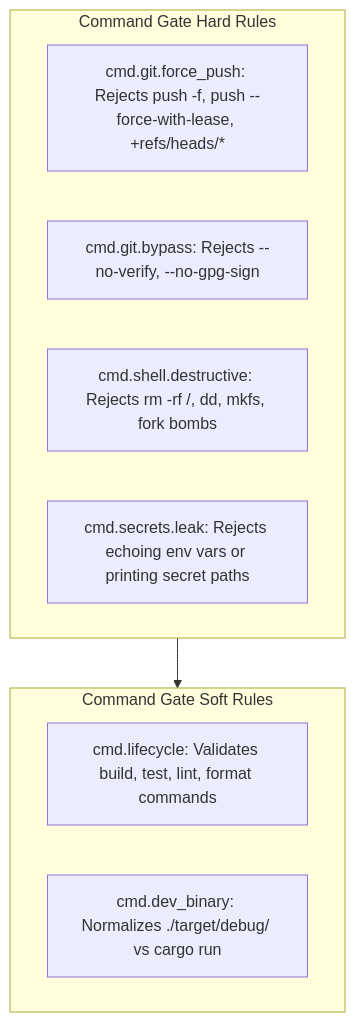
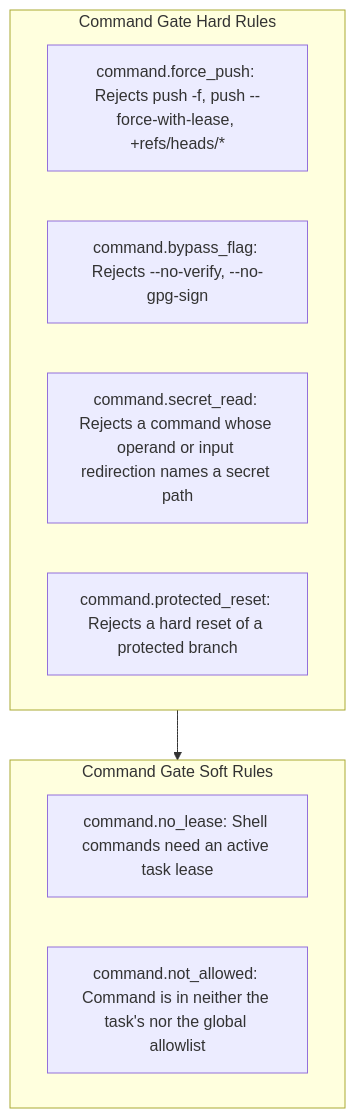
One commit to bharathvbcr/Manvi changed the fourth of 7 diagrams in docs/POLICY_AND_SAFETY.md. Above: the diagram before and after it, drawn with Mermaid. The commit also changed other lines of this file and 10 other files, not shown here.

````diff
--- a/docs/POLICY_AND_SAFETY.md
+++ b/docs/POLICY_AND_SAFETY.md
@@ -104,16 +107,16 @@
 ```mermaid
 flowchart TD
     subgraph HardCmdRules["Command Gate Hard Rules"]
-        C1["cmd.git.force_push: Rejects push -f, push --force-with-lease, +refs/heads/*"]
-        C2["cmd.git.bypass: Rejects --no-verify, --no-gpg-sign"]
-        C3["cmd.shell.destructive: Rejects rm -rf /, dd, mkfs, fork bombs"]
-        C4["cmd.secrets.leak: Rejects echoing env vars or printing secret paths"]
+        C1["command.force_push: Rejects push -f, push --force-with-lease, +refs/heads/*"]
+        C2["command.bypass_flag: Rejects --no-verify, --no-gpg-sign"]
+        C3["command.secret_read: Rejects a command whose operand or input redirection names a secret path"]
+        C4["command.protected_reset: Rejects a hard reset of a protected branch"]
     end
 
     subgraph SoftCmdRules["Command Gate Soft Rules"]
-        C5["cmd.lifecycle: Validates build, test, lint, format commands"]
-        C6["cmd.dev_binary: Normalizes ./target/debug/ vs cargo run"]
+        C5["command.no_lease: Shell commands need an active task lease"]
+        C6["command.not_allowed: Command is in neither the task's nor the global allowlist"]
     end
 
     HardCmdRules --> SoftCmdRules
 ```
````
